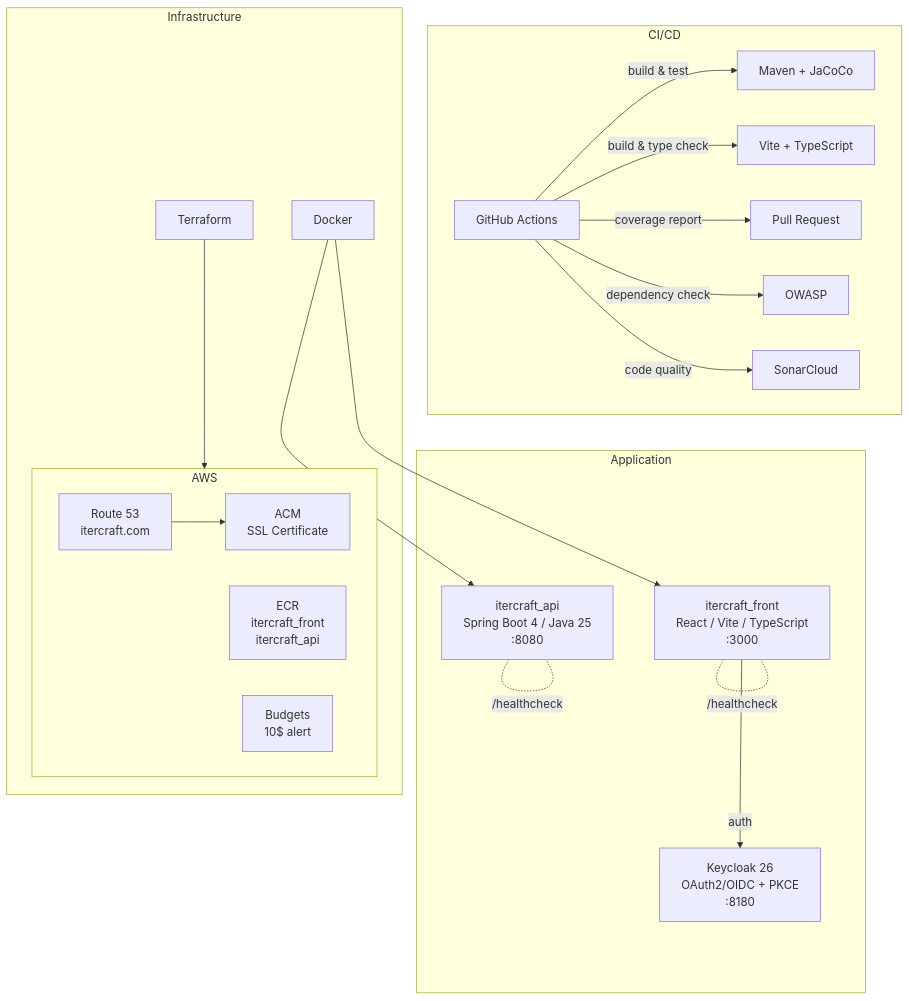
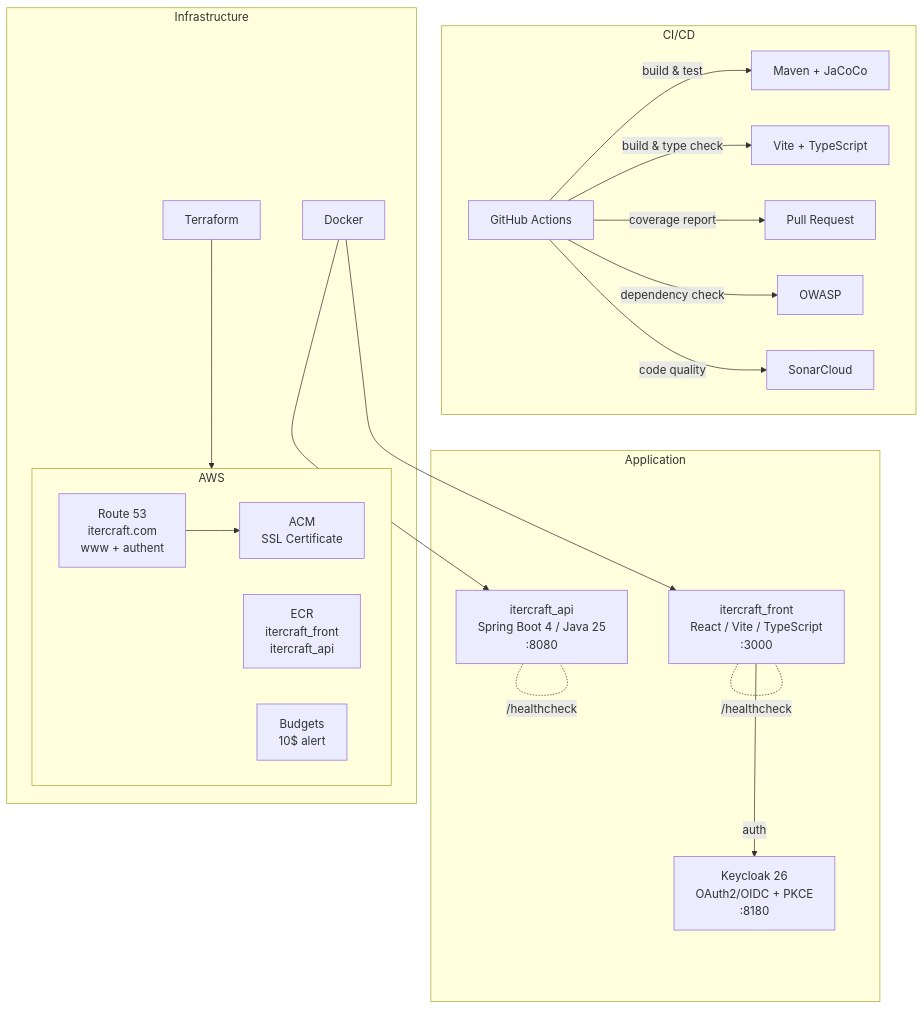
Before and after one commit to neodatsu/itercraft: the diagram in README.md, drawn with Mermaid. The commit also changed other lines of this file and 19 other files, not shown here.

Commit message:
itercraft_front implémentation authent

````diff
--- a/README.md
+++ b/README.md
@@ -9,36 +9,36 @@
 ```mermaid
 graph TB
     subgraph CI/CD
         GH[GitHub Actions]
         GH -->|build & test| MVN[Maven + JaCoCo]
         GH -->|build & type check| VITE[Vite + TypeScript]
         GH -->|coverage report| PR[Pull Request]
         GH -->|dependency check| OWASP[OWASP]
         GH -->|code quality| SONAR[SonarCloud]
     end
 
     subgraph AWS
-        R53[Route 53<br/>itercraft.com]
+        R53[Route 53<br/>itercraft.com<br/>www + authent]
         ACM[ACM<br/>SSL Certificate]
         ECR[ECR<br/>itercraft_front<br/>itercraft_api]
         BUD[Budgets<br/>10$ alert]
         R53 --> ACM
     end
 
     subgraph Application
         API[itercraft_api<br/>Spring Boot 4 / Java 25<br/>:8080]
         FRONT[itercraft_front<br/>React / Vite / TypeScript<br/>:3000]
         KC[Keycloak 26<br/>OAuth2/OIDC + PKCE<br/>:8180]
         API -.-|/healthcheck| API
         FRONT -.-|/healthcheck| FRONT
         FRONT -->|auth| KC
     end
 
     subgraph Infrastructure
         TF[Terraform]
         DOCKER[Docker]
         TF --> AWS
         DOCKER --> API
         DOCKER --> FRONT
     end
 ```
````
